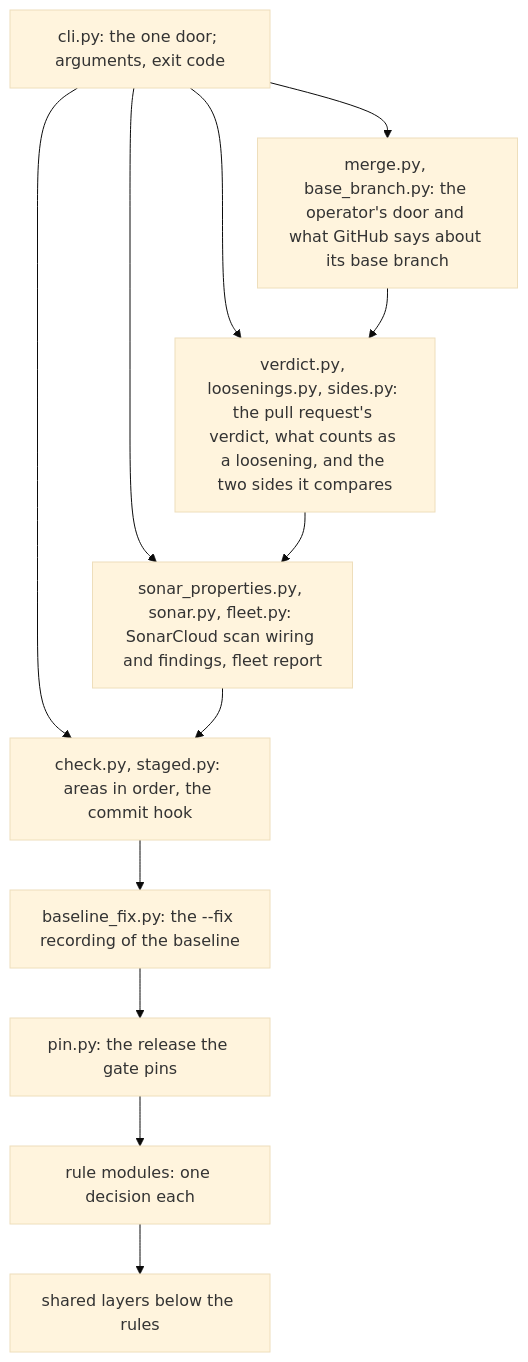
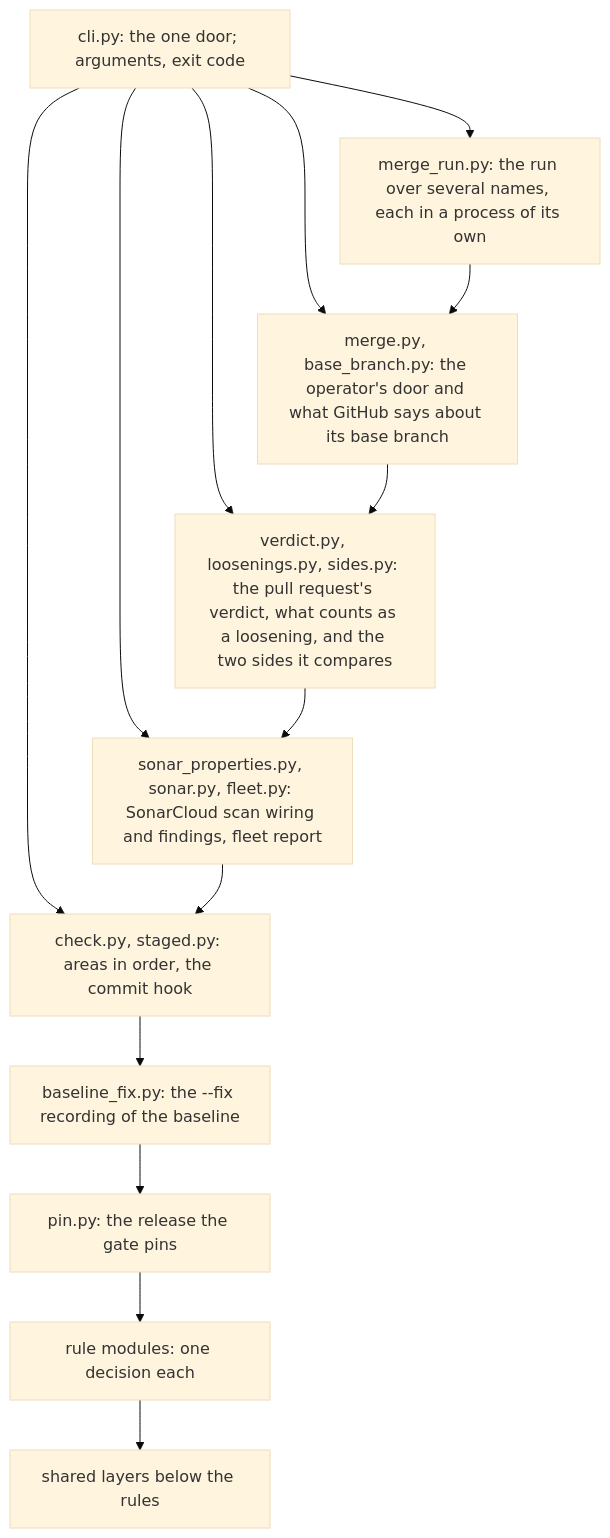
The second of 3 diagrams in docs/ARCHITECTURE.md (overnightworks/quality), drawn with Mermaid (base theme) before and after one commit. The commit also changed other lines of this file and 20 other files, not shown here.

````diff
--- a/docs/ARCHITECTURE.md
+++ b/docs/ARCHITECTURE.md
@@ -44,23 +44,26 @@
 ```mermaid
 flowchart TB
     cli["cli.py: the one door; arguments, exit code"]
+    several["merge_run.py: the run over several names, each in a process of its own"]
     door["merge.py, base_branch.py: the operator's door and what GitHub says about its base branch"]
     verdict["verdict.py, loosenings.py, sides.py: the pull request's verdict, what counts as a loosening, and the two sides it compares"]
     reports["sonar_properties.py, sonar.py, fleet.py: SonarCloud scan wiring and findings, fleet report"]
     check["check.py, staged.py: areas in order, the commit hook"]
     fix["baseline_fix.py: the --fix recording of the baseline"]
     pin["pin.py: the release the gate pins"]
     rules["rule modules: one decision each"]
     shared["shared layers below the rules"]
+    cli --> several
     cli --> door
+    several --> door
     cli --> verdict
     cli --> reports
     cli --> check
     door --> verdict
     verdict --> reports
     reports --> check
     check --> fix
     fix --> pin
     pin --> rules
     rules --> shared
 ```
````
